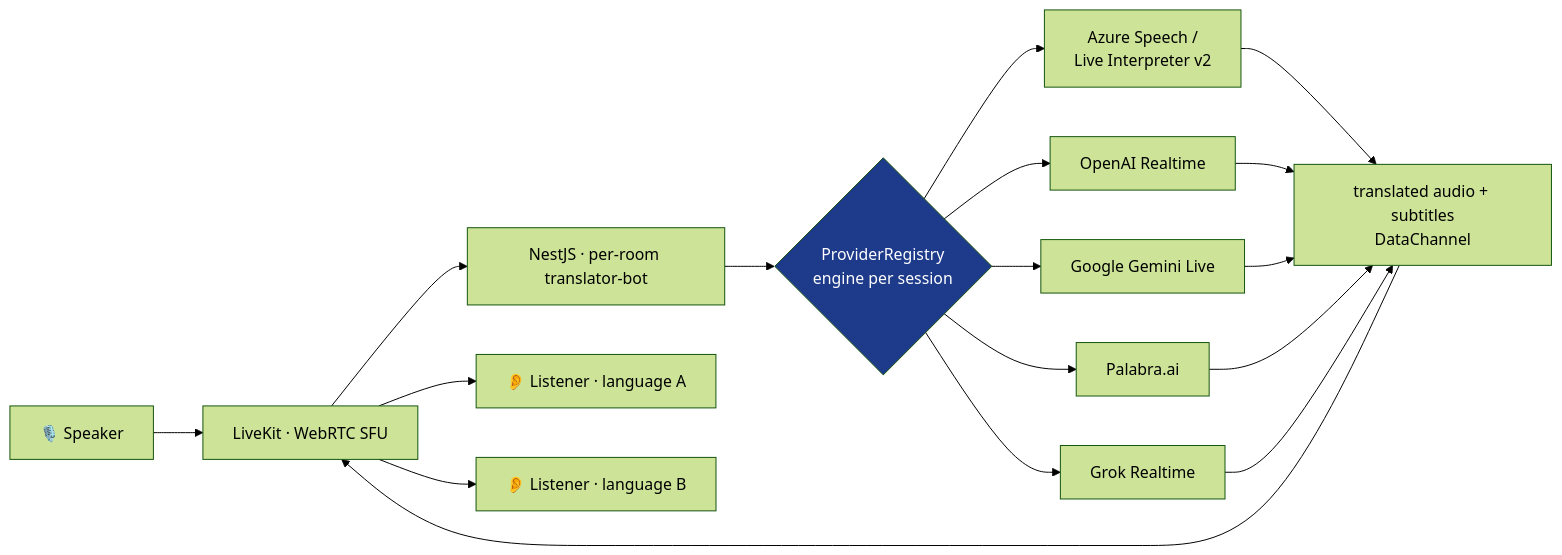
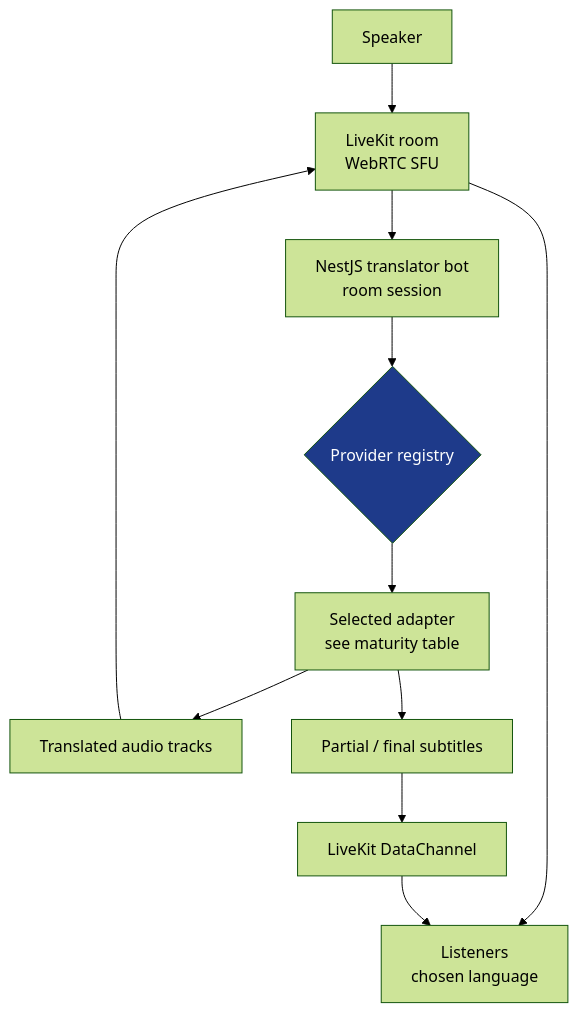
Before and after one commit to aleglope/production-systems-case-studies: the diagram in projects/realtime-translation.md, drawn with Mermaid (forest theme). The commit also changed other lines of this file and 25 other files, not shown here.

````diff
--- a/projects/realtime-translation.md
+++ b/projects/realtime-translation.md
@@ -19,21 +28,15 @@
 ```mermaid
-flowchart LR
-    SP["🎙️ Speaker"] --> LK["LiveKit · WebRTC SFU"]
-    LK --> BOT["NestJS · per-room translator-bot"]
-    BOT --> REG{"ProviderRegistry<br/>engine per session"}
-    REG --> AZ["Azure Speech /<br/>Live Interpreter v2"]
-    REG --> OAI["OpenAI Realtime"]
-    REG --> GEM["Google Gemini Live"]
-    REG --> PAL["Palabra.ai"]
-    REG --> GRK["Grok Realtime"]
-    AZ --> OUT["translated audio + subtitles<br/>DataChannel"]
-    OAI --> OUT
-    GEM --> OUT
-    PAL --> OUT
-    GRK --> OUT
-    OUT --> LK
-    LK --> A1["👂 Listener · language A"]
-    LK --> A2["👂 Listener · language B"]
+flowchart TB
+    SP["Speaker"] --> LK["LiveKit room<br/>WebRTC SFU"]
+    LK --> BOT["NestJS translator bot<br/>room session"]
+    BOT --> REG{"Provider registry"}
+    REG --> AD["Selected adapter<br/>see maturity table"]
+    AD --> AUD["Translated audio tracks"]
+    AUD --> LK
+    AD --> SUB["Partial / final subtitles"]
+    SUB --> DC["LiveKit DataChannel"]
+    LK --> LIST["Listeners<br/>chosen language"]
+    DC --> LIST
 
     style REG fill:#1e3a8a,color:#fff
 ```
````
